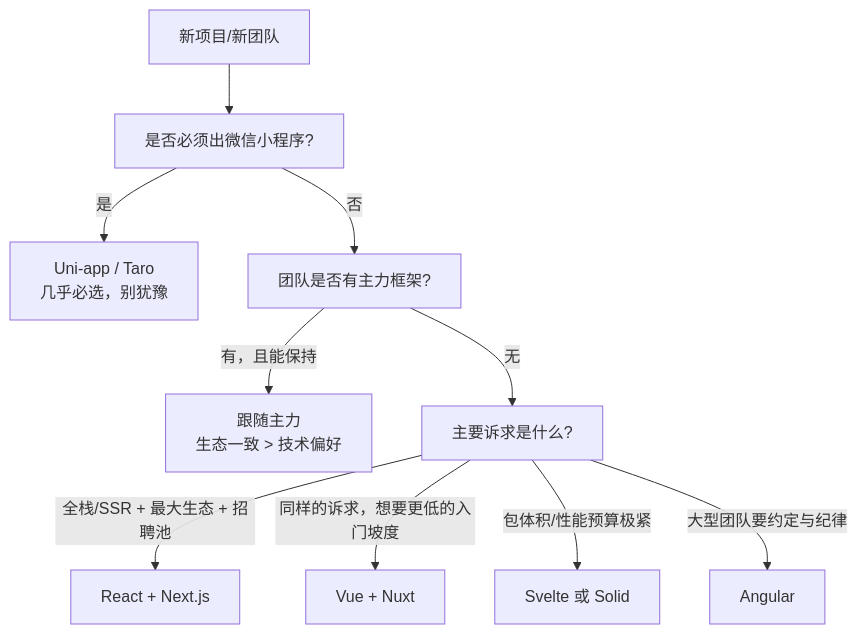
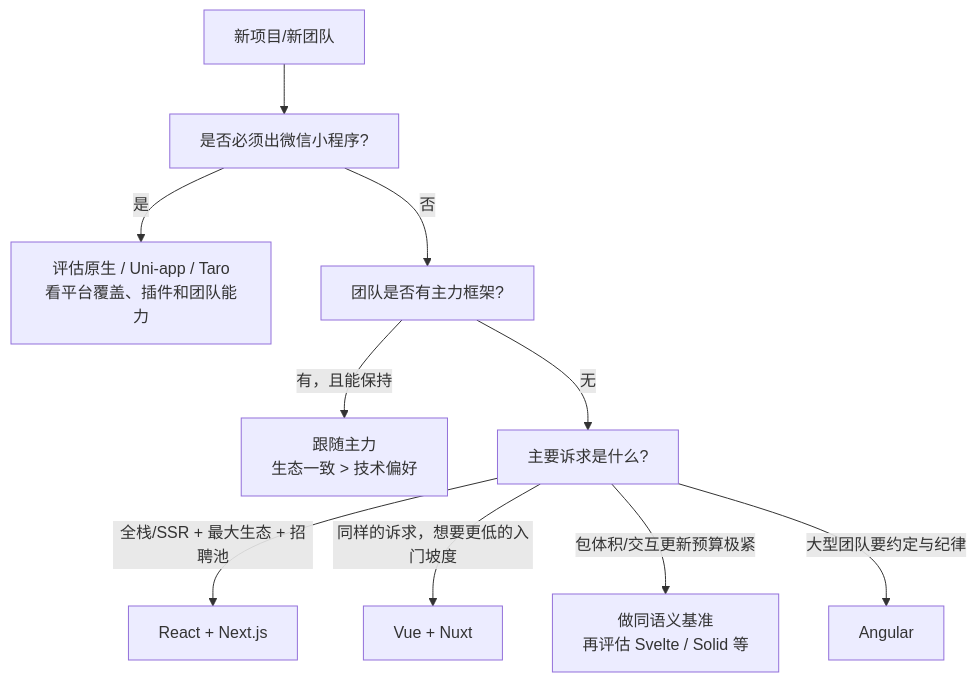
The second of 2 diagrams in content/posts/frontend-framework-taxonomy.md (MoreConsequence/MoreConsequence.github.io), drawn with Mermaid before and after one commit. The commit also changed other lines of this file and 263 other files, not shown here.

````diff
--- a/content/posts/frontend-framework-taxonomy.md
+++ b/content/posts/frontend-framework-taxonomy.md
@@ -90,13 +90,13 @@
 ```mermaid
 flowchart TD
     A["新项目/新团队"]
     A --> B["是否必须出微信小程序?"]
-    B -->|"是"| B1["Uni-app / Taro<br/>几乎必选，别犹豫"]
+    B -->|"是"| B1["评估原生 / Uni-app / Taro<br/>看平台覆盖、插件和团队能力"]
     B -->|"否"| C["团队是否有主力框架?"]
     C -->|"有，且能保持"| C1["跟随主力<br/>生态一致 > 技术偏好"]
     C -->|"无"| D["主要诉求是什么?"]
     D -->|"全栈/SSR + 最大生态 + 招聘池"| D1["React + Next.js"]
     D -->|"同样的诉求，想要更低的入门坡度"| D2["Vue + Nuxt"]
-    D -->|"包体积/性能预算极紧"| D3["Svelte 或 Solid"]
+    D -->|"包体积/交互更新预算极紧"| D3["做同语义基准<br/>再评估 Svelte / Solid 等"]
     D -->|"大型团队要约定与纪律"| D4["Angular"]
 ```
````
